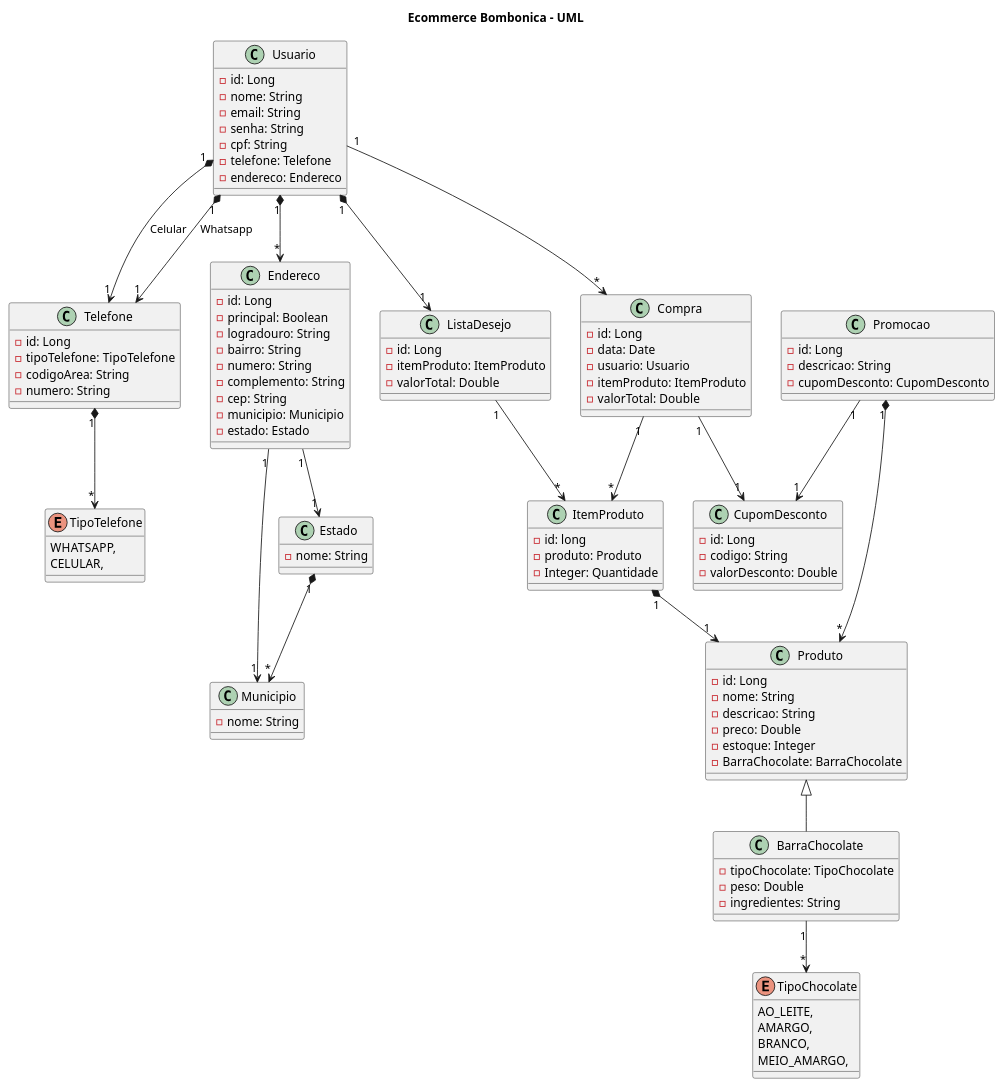
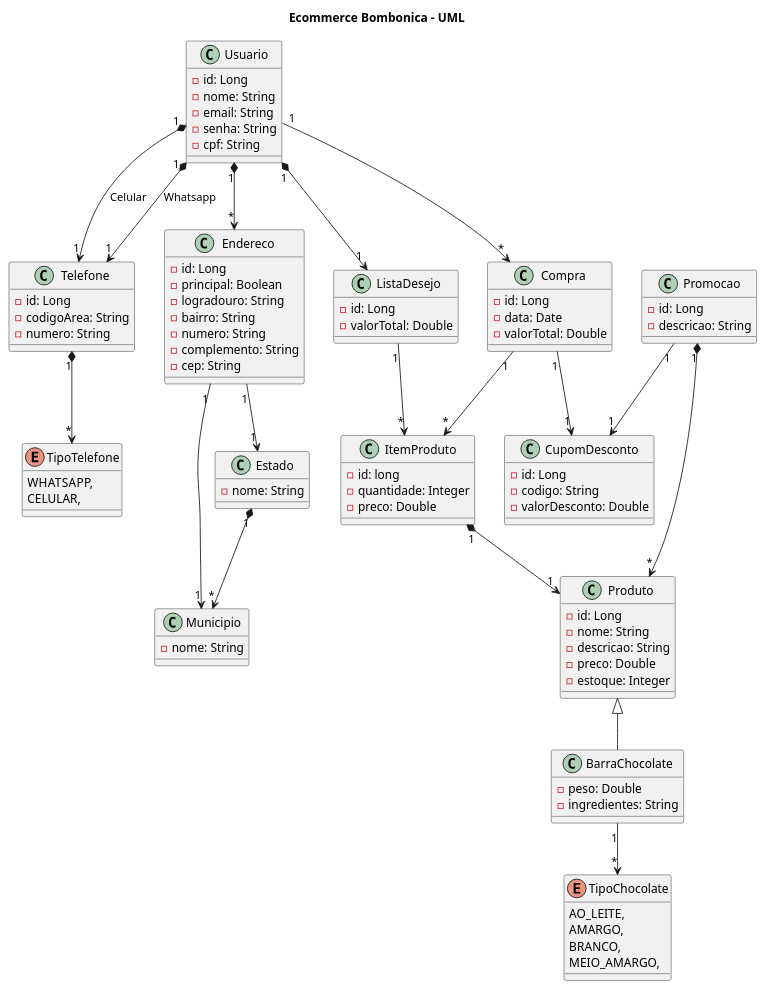
The diagram in bombonica_uml/Bombonica.plantuml (muniznicole/EcommerceBombonica), drawn with PlantUML before and after one commit.

```diff
--- a/bombonica_uml/Bombonica.plantuml
+++ b/bombonica_uml/Bombonica.plantuml
@@ -1,123 +1,113 @@
 @startuml Bombonica
 
     title Ecommerce Bombonica - UML
 
     class Usuario {
         - id: Long
         - nome: String
         - email: String
         - senha: String
         - cpf: String
-        - telefone: Telefone
-        - endereco: Endereco
+       
     }
 
     class Telefone {
         - id: Long
-        - tipoTelefone: TipoTelefone
         - codigoArea: String
         - numero: String
     }
 
     enum TipoTelefone {
         WHATSAPP,
         CELULAR,
     }
 
     class Endereco {
         - id: Long
         - principal: Boolean
         - logradouro: String
         - bairro: String
         - numero: String
         - complemento: String
         - cep: String
-        - municipio: Municipio
-        - estado: Estado
     }
 
     class Municipio{
         - nome: String
     }
 
     class Estado {
         - nome: String
     }
 
     class Compra {
         - id: Long
         - data: Date
-        - usuario: Usuario
-        - itemProduto: ItemProduto
         - valorTotal: Double 
     }
 
     class ItemProduto {
         - id: long
-        - produto: Produto
-        - Integer: Quantidade
+        - quantidade: Integer
+        - preco: Double
     }
 
     class Produto {
         - id: Long
         - nome: String
         - descricao: String
         - preco: Double
         - estoque: Integer
-        - BarraChocolate: BarraChocolate
     }
 
     class BarraChocolate {
-        - tipoChocolate: TipoChocolate
         - peso: Double
         - ingredientes: String
     }
 
     enum TipoChocolate {
         AO_LEITE,
         AMARGO,
         BRANCO,
         MEIO_AMARGO,
     }
 
     class Promocao {
         - id: Long
         - descricao: String
-	- cupomDesconto: CupomDesconto
     }
 
     class CupomDesconto {
         - id: Long
         - codigo: String
         - valorDesconto: Double
     }
 
     class ListaDesejo {
         - id: Long
-        - itemProduto: ItemProduto
         - valorTotal: Double
     }
 
     Usuario "1" *--> "1" Telefone: Whatsapp
     Usuario "1" *--> "1" Telefone: Celular
     Telefone "1" *--> "*" TipoTelefone
 
     Usuario "1" *--> "*" Endereco
     Endereco "1" --> "1" Municipio
     Endereco "1" --> "1" Estado
     Estado "1" *--> "*" Municipio
 
     Usuario "1" --> "*" Compra
     Compra "1" --> "*" ItemProduto
     ItemProduto "1" *--> "1" Produto
     BarraChocolate "1" --> "*" TipoChocolate 
     
     Produto <|-- BarraChocolate
 
     Usuario "1" *--> "1" ListaDesejo
     ListaDesejo "1" --> "*" ItemProduto 	
     Compra "1" --> "1" CupomDesconto
     Promocao "1" --> "1" CupomDesconto
     Promocao "1" *--> "*" Produto
 
 @enduml
```
